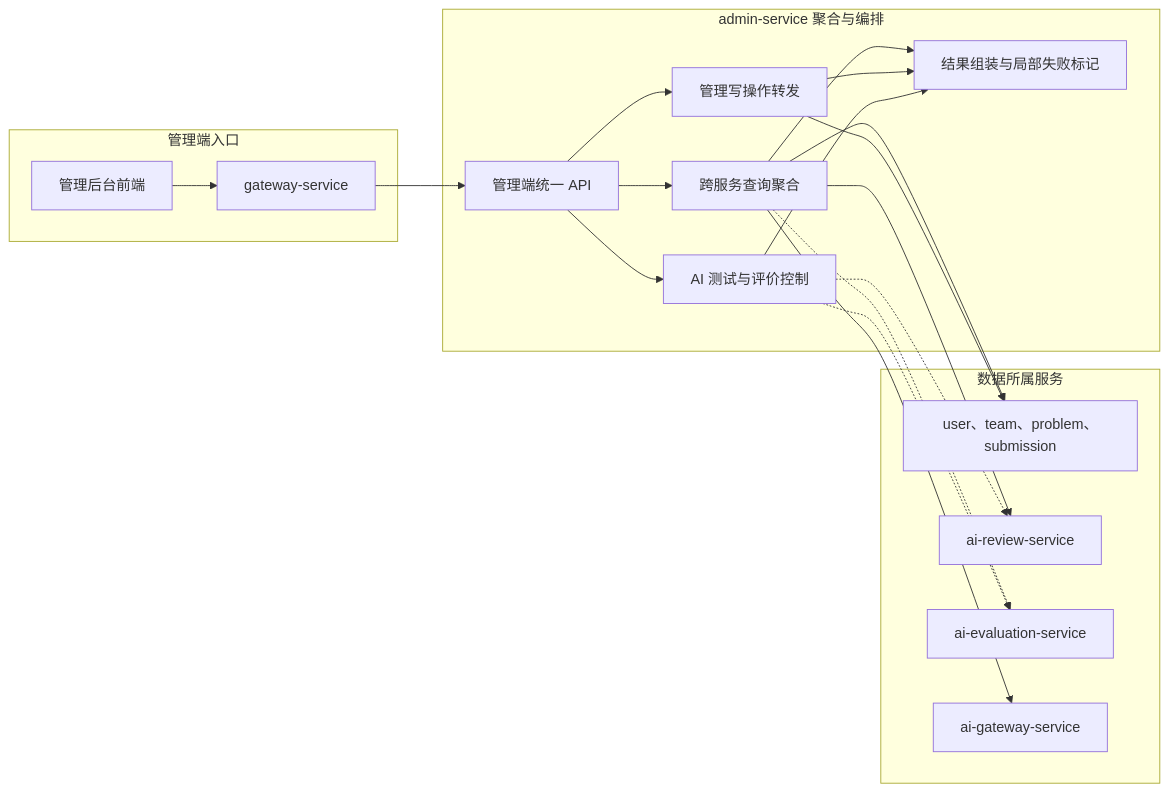
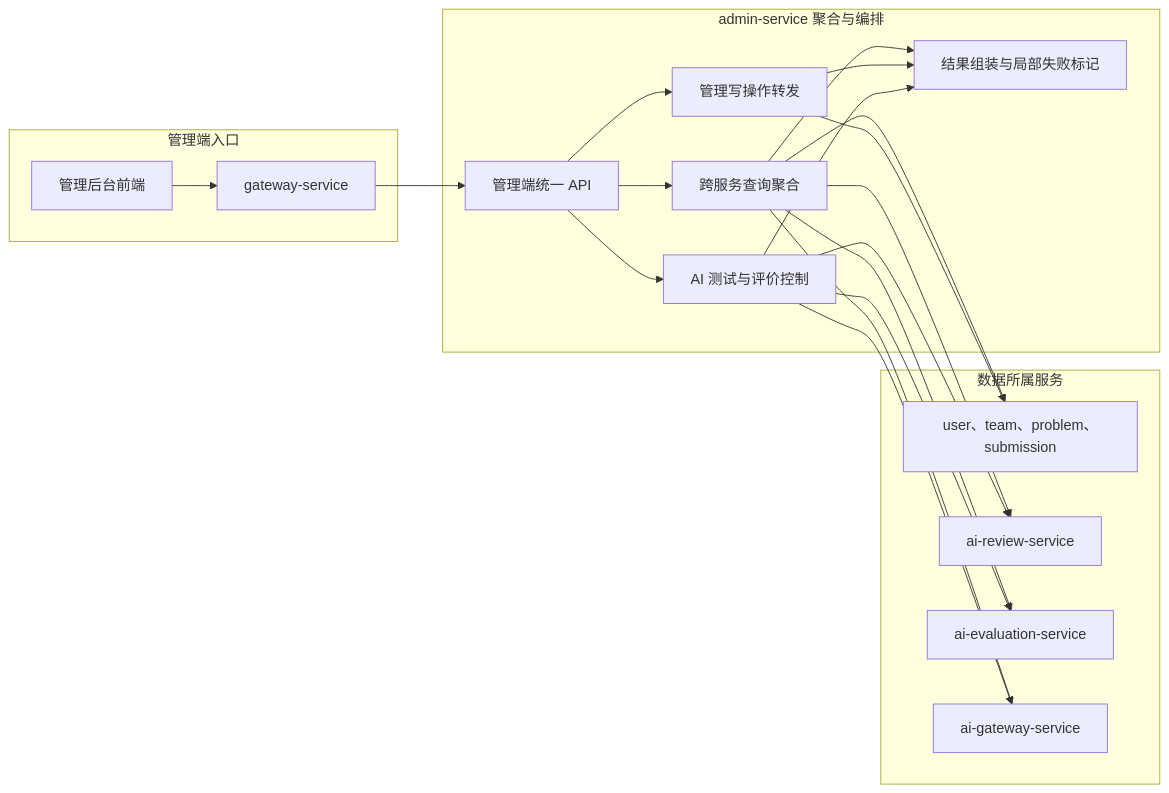
Before and after one commit to Dorian7Alden/LeetModel: the diagram in docs/project/03-微服务设计/admin-service/README.md, drawn with Mermaid. The commit also changed other lines of this file and 5 other files, not shown here.

````diff
--- a/docs/project/03-微服务设计/admin-service/README.md
+++ b/docs/project/03-微服务设计/admin-service/README.md
@@ -7,39 +7,40 @@
 ```mermaid
 flowchart LR
     subgraph entry["管理端入口"]
         adminWeb["管理后台前端"]
         apiGateway["gateway-service"]
     end
 
     subgraph admin["admin-service 聚合与编排"]
         adminApi["管理端统一 API"]
         aggregation["跨服务查询聚合"]
         writeForward["管理写操作转发"]
         aiControl["AI 测试与评价控制"]
         resultAssembly["结果组装与局部失败标记"]
 
         adminApi --> aggregation
         adminApi --> writeForward
         adminApi --> aiControl
         aggregation --> resultAssembly
         writeForward --> resultAssembly
         aiControl --> resultAssembly
     end
 
     subgraph domains["数据所属服务"]
         basicServices["user、team、problem、submission"]
         reviewService["ai-review-service"]
         evaluationService["ai-evaluation-service"]
         aiGateway["ai-gateway-service"]
     end
 
     adminWeb --> apiGateway
     apiGateway --> adminApi
     aggregation --> basicServices
     aggregation --> reviewService
-    aggregation -.-> evaluationService
+    aggregation --> evaluationService
     aggregation --> aiGateway
     writeForward --> basicServices
-    aiControl -.-> reviewService
-    aiControl -.-> evaluationService
+    aiControl --> reviewService
+    aiControl --> evaluationService
+    aiControl --> aiGateway
 ```
````
